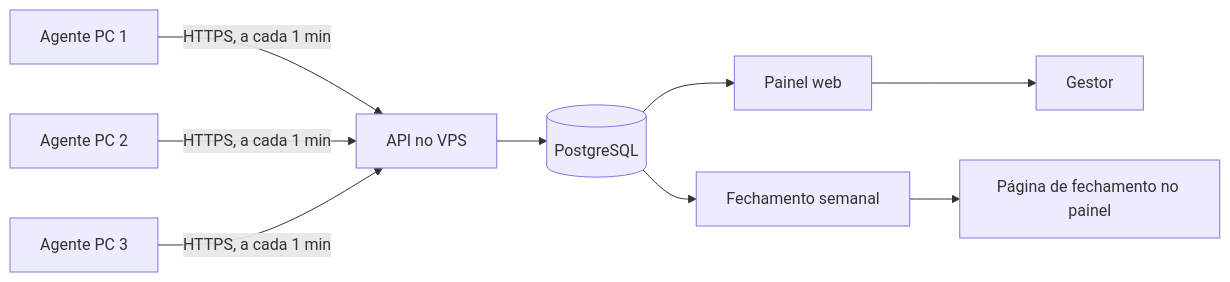
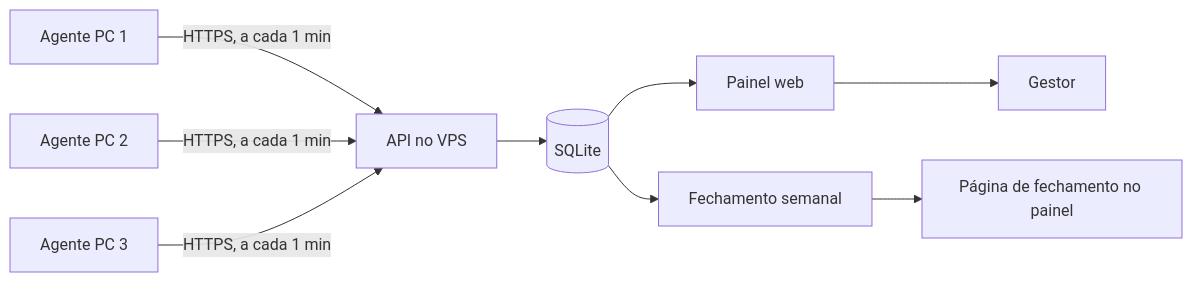
Before and after one commit to anata79/REPOSITORIO: the diagram in docs/plano-monitor.md, drawn with Mermaid. The commit also changed other lines of this file and 58 other files, not shown here.

````diff
--- a/docs/plano-monitor.md
+++ b/docs/plano-monitor.md
@@ -29,7 +29,7 @@
 ```mermaid
 flowchart LR
   A1["Agente PC 1"] & A2["Agente PC 2"] & A3["Agente PC 3"] -- "HTTPS, a cada 1 min" --> API["API no VPS"]
-  API --> DB[("PostgreSQL")]
+  API --> DB[("SQLite")]
   DB --> P["Painel web"] --> G["Gestor"]
   DB --> N["Fechamento semanal"] --> W["Página de fechamento no painel"]
 ```
````
